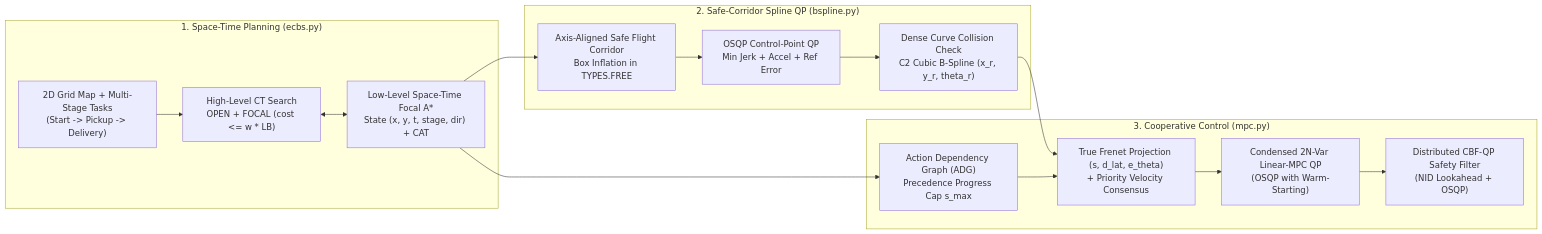
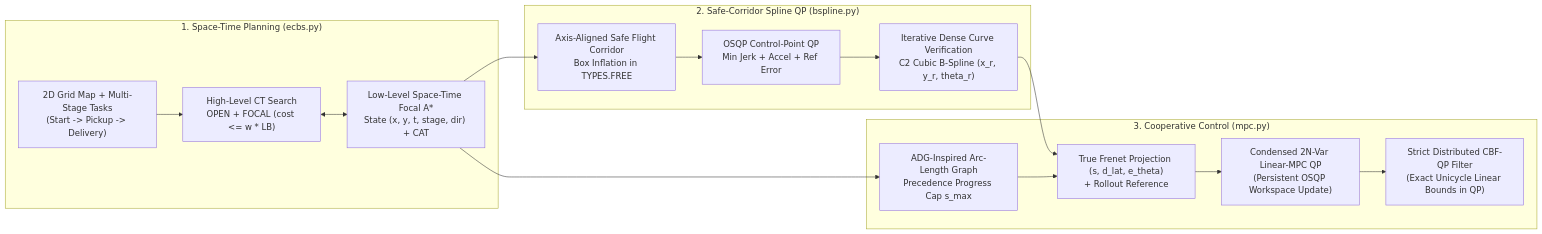
Before and after one commit to Urami0421/multi-agv-ecbs-consensus-mpc: the diagram in README.md, drawn with Mermaid. The commit also changed other lines of this file and 2 other files, not shown here.

````diff
--- a/README.md
+++ b/README.md
@@ -43,21 +43,21 @@
 ```mermaid
 flowchart LR
     subgraph L1["1. Space-Time Planning (ecbs.py)"]
         A1["2D Grid Map + Multi-Stage Tasks\n(Start -> Pickup -> Delivery)"] --> A2["High-Level CT Search\nOPEN + FOCAL (cost <= w * LB)"]
         A2 <--> A3["Low-Level Space-Time Focal A*\nState (x, y, t, stage, dir) + CAT"]
     end
 
     subgraph L2["2. Safe-Corridor Spline QP (bspline.py)"]
         A3 --> B1["Axis-Aligned Safe Flight Corridor\nBox Inflation in TYPES.FREE"]
         B1 --> B2["OSQP Control-Point QP\nMin Jerk + Accel + Ref Error"]
-        B2 --> B3["Dense Curve Collision Check\nC2 Cubic B-Spline (x_r, y_r, theta_r)"]
+        B2 --> B3["Iterative Dense Curve Verification\nC2 Cubic B-Spline (x_r, y_r, theta_r)"]
     end
 
     subgraph L3["3. Cooperative Control (mpc.py)"]
-        A3 --> C0["Action Dependency Graph (ADG)\nPrecedence Progress Cap s_max"]
-        B3 --> C1["True Frenet Projection (s, d_lat, e_theta)\n+ Priority Velocity Consensus"]
+        A3 --> C0["ADG-Inspired Arc-Length Graph\nPrecedence Progress Cap s_max"]
+        B3 --> C1["True Frenet Projection (s, d_lat, e_theta)\n+ Rollout Reference"]
         C0 --> C1
-        C1 --> C2["Condensed 2N-Var Linear-MPC QP\n(OSQP with Warm-Starting)"]
-        C2 --> C3["Distributed CBF-QP Safety Filter\n(NID Lookahead + OSQP)"]
+        C1 --> C2["Condensed 2N-Var Linear-MPC QP\n(Persistent OSQP Workspace Update)"]
+        C2 --> C3["Strict Distributed CBF-QP Filter\n(Exact Unicycle Linear Bounds in QP)"]
     end
 ```
````
